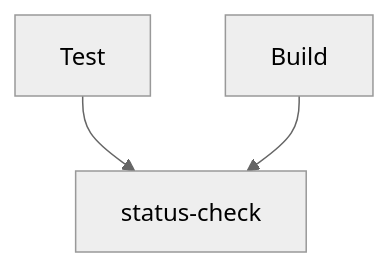
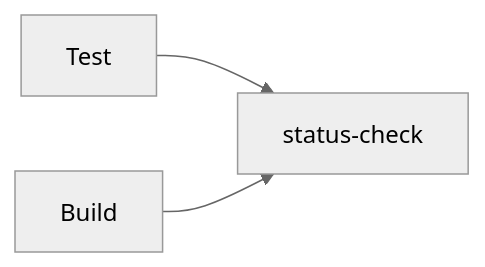
Before and after one commit to suzuki-shunsuke/required-status-check-action: the diagram in README.md, drawn with Mermaid (neutral theme).

````diff
--- a/README.md
+++ b/README.md
@@ -18,5 +18,5 @@
 ```mermaid
-graph TD;
+graph LR;
     Test-->status-check;
     Build-->status-check;
 ```
````
